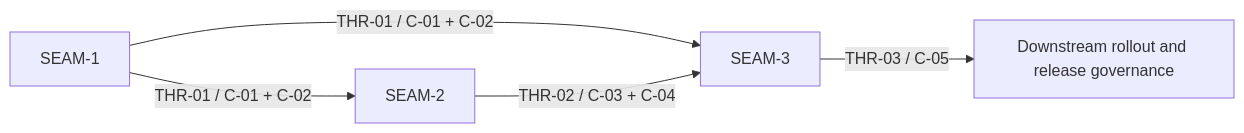
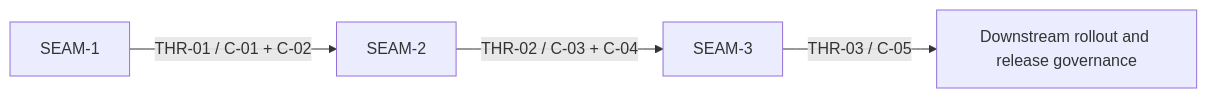
The diagram in docs/project_management/packs/draft/gateway-backend-selection-runtime-integration-fse/threading.md (atomize-hq/substrate), drawn with Mermaid before and after one commit. The commit also changed other lines of this file and 107 other files, not shown here.

````diff
--- a/docs/project_management/packs/draft/gateway-backend-selection-runtime-integration-fse/threading.md
+++ b/docs/project_management/packs/draft/gateway-backend-selection-runtime-integration-fse/threading.md
@@ -124,7 +119,6 @@
 ```mermaid
 flowchart LR
   S1["SEAM-1"] -- "THR-01 / C-01 + C-02" --> S2["SEAM-2"]
-  S1 -- "THR-01 / C-01 + C-02" --> S3["SEAM-3"]
-  S2 -- "THR-02 / C-03 + C-04" --> S3
+  S2 -- "THR-02 / C-03 + C-04" --> S3["SEAM-3"]
   S3 -- "THR-03 / C-05" --> OUT["Downstream rollout and release governance"]
 ```
````
